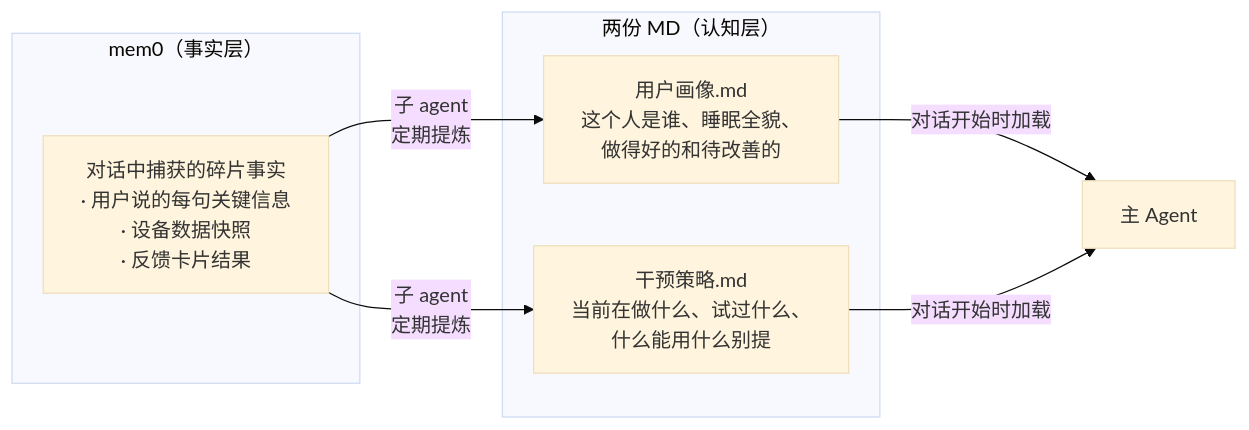
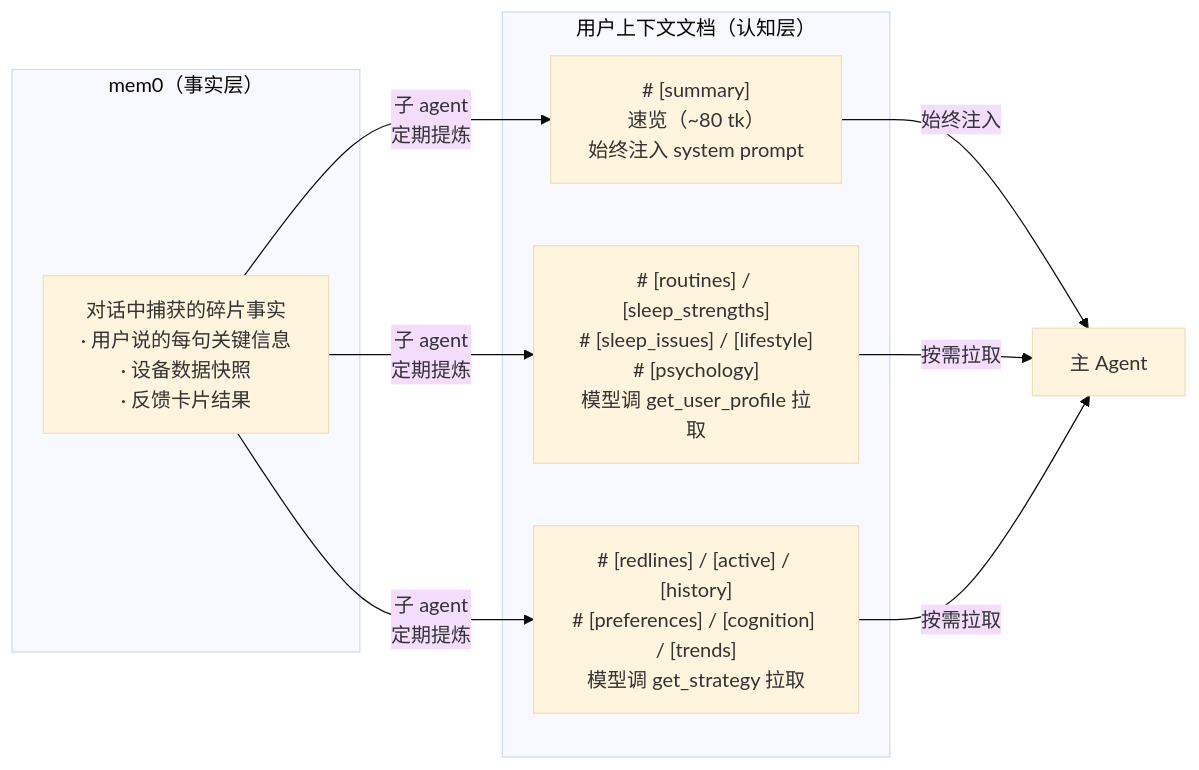
One commit to Trendolhxh/test changed the diagram in isho-agent/03-memory.md. Above: the diagram before and after it, drawn with Mermaid (base theme). The commit also changed other lines of this file and 7 other files, not shown here.

Commit message:
docs: restructure agent memory architecture to V3

````diff
--- a/isho-agent/03-memory.md
+++ b/isho-agent/03-memory.md
@@ -9,16 +9,19 @@
 ```mermaid
 flowchart LR
     subgraph MEM0["mem0（事实层）"]
         M1["对话中捕获的碎片事实\n· 用户说的每句关键信息\n· 设备数据快照\n· 反馈卡片结果"]
     end
 
-    subgraph MD["两份 MD（认知层）"]
-        MD1["用户画像.md\n这个人是谁、睡眠全貌、\n做得好的和待改善的"]
-        MD2["干预策略.md\n当前在做什么、试过什么、\n什么能用什么别提"]
+    subgraph DOC["用户上下文文档（认知层）"]
+        D0["# [summary]\n速览（~80 tk）\n始终注入 system prompt"]
+        D1["# [routines] / [sleep_strengths]\n# [sleep_issues] / [lifestyle]\n# [psychology]\n模型调 get_user_profile 拉取"]
+        D2["# [redlines] / [active] / [history]\n# [preferences] / [cognition] / [trends]\n模型调 get_strategy 拉取"]
     end
 
-    M1 -->|"子 agent\n定期提炼"| MD1
-    M1 -->|"子 agent\n定期提炼"| MD2
-    MD1 -->|"对话开始时加载"| AGENT["主 Agent"]
-    MD2 -->|"对话开始时加载"| AGENT
+    M1 -->|"子 agent\n定期提炼"| D0
+    M1 -->|"子 agent\n定期提炼"| D1
+    M1 -->|"子 agent\n定期提炼"| D2
+    D0 -->|"始终注入"| AGENT["主 Agent"]
+    D1 -->|"按需拉取"| AGENT
+    D2 -->|"按需拉取"| AGENT
 ```
````
